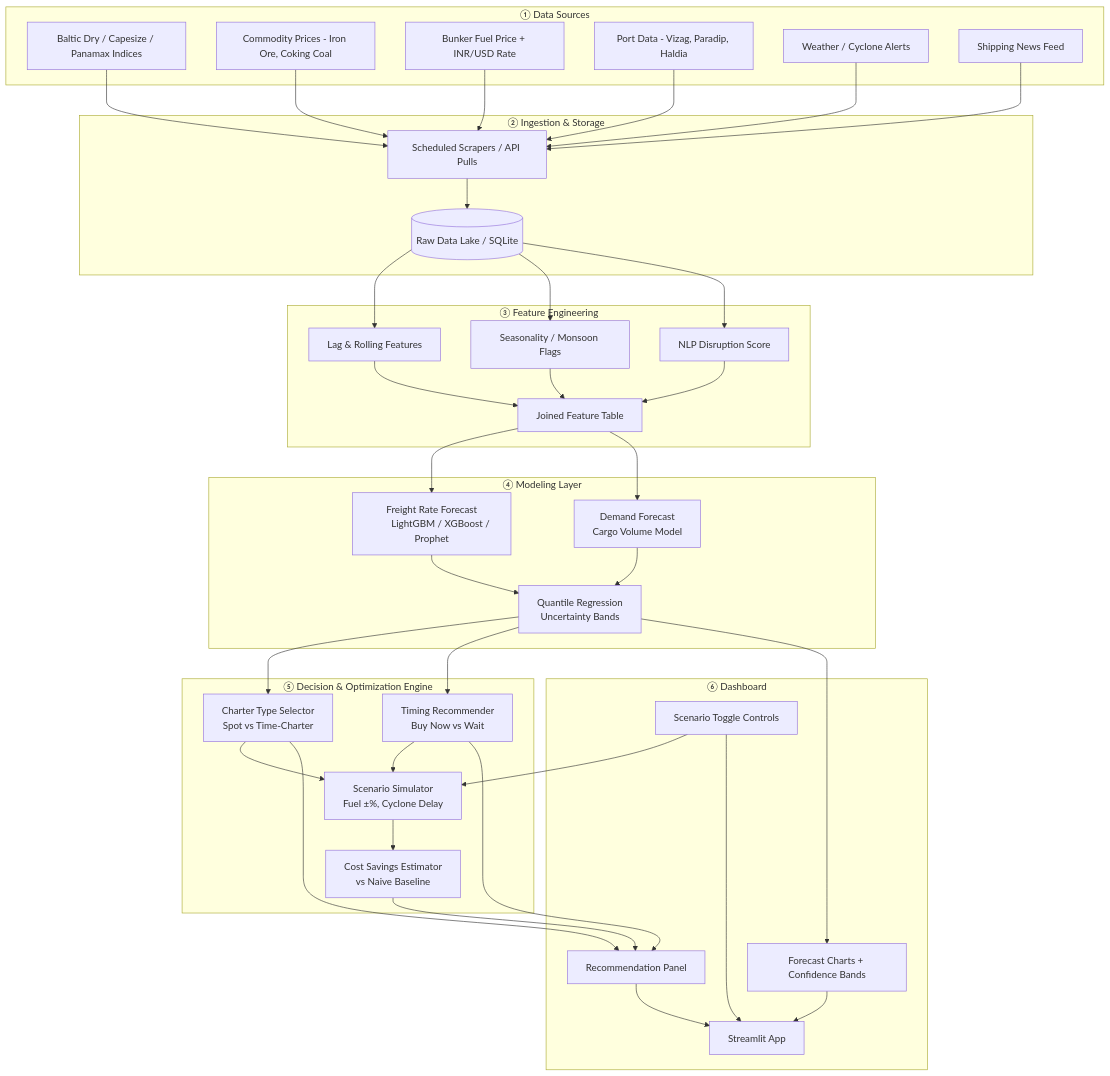
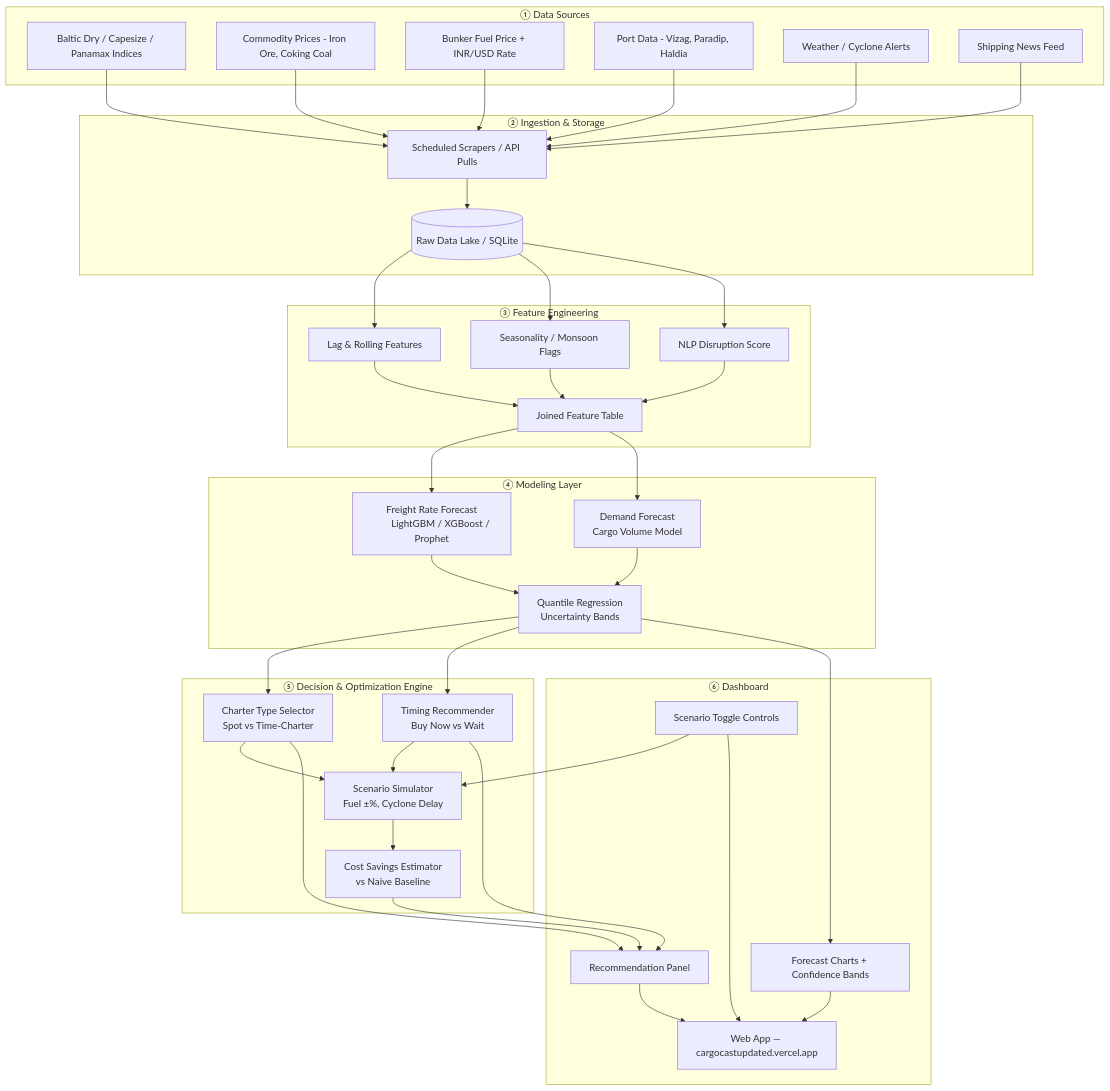
Before and after one commit to arpita-rathwa/cargocast: the diagram in README.md, drawn with Mermaid. The commit also changed other lines of this file, not shown here.

````diff
--- a/README.md
+++ b/README.md
@@ -34,69 +50,69 @@
 ```mermaid
 flowchart TB
     subgraph DS["① Data Sources"]
         A1[Baltic Dry / Capesize / Panamax Indices]
         A2[Commodity Prices - Iron Ore, Coking Coal]
         A3[Bunker Fuel Price + INR/USD Rate]
         A4[Port Data - Vizag, Paradip, Haldia]
         A5[Weather / Cyclone Alerts]
         A6[Shipping News Feed]
     end
 
     subgraph ING["② Ingestion & Storage"]
         B1[Scheduled Scrapers / API Pulls]
         B2[(Raw Data Lake / SQLite)]
     end
 
     subgraph FE["③ Feature Engineering"]
         C1[Lag & Rolling Features]
         C2[Seasonality / Monsoon Flags]
         C3[NLP Disruption Score]
         C4[Joined Feature Table]
     end
 
     subgraph ML["④ Modeling Layer"]
         D1[Freight Rate Forecast
         LightGBM / XGBoost / Prophet]
         D2[Demand Forecast
         Cargo Volume Model]
         D3[Quantile Regression
         Uncertainty Bands]
     end
 
     subgraph OPT["⑤ Decision & Optimization Engine"]
         E1[Charter Type Selector
         Spot vs Time-Charter]
         E2[Timing Recommender
         Buy Now vs Wait]
         E3[Scenario Simulator
         Fuel ±%, Cyclone Delay]
         E4[Cost Savings Estimator
         vs Naive Baseline]
     end
 
     subgraph APP["⑥ Dashboard"]
         F1[Forecast Charts + Confidence Bands]
         F2[Recommendation Panel]
         F3[Scenario Toggle Controls]
-        F4[Streamlit App]
+        F4[Web App — cargocastupdated.vercel.app]
     end
 
     A1 & A2 & A3 & A4 & A5 & A6 --> B1
     B1 --> B2
     B2 --> C1 & C2 & C3
     C1 & C2 & C3 --> C4
     C4 --> D1
     C4 --> D2
     D1 & D2 --> D3
     D3 --> E1
     D3 --> E2
     E1 --> E3
     E2 --> E3
     E3 --> E4
     D3 --> F1
     E1 --> F2
     E2 --> F2
     F3 --> E3
     E4 --> F2
     F1 & F2 & F3 --> F4
 ```
````
